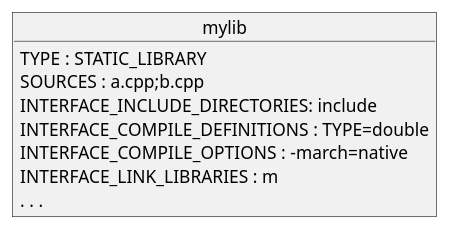
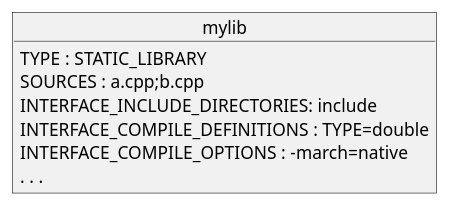
One commit to mredenti/ModernCMake changed the third of 8 diagrams in slides/episodes/targets.md. Above: the diagram before and after it, drawn with PlantUML. The commit also changed other lines of this file, not shown here.

````diff
--- a/slides/episodes/targets.md
+++ b/slides/episodes/targets.md
@@ -203,20 +231,18 @@
 ```plantuml
 top to bottom direction
 
 object mylib{
     TYPE : STATIC_LIBRARY
     
     SOURCES : a.cpp;b.cpp
     
     INTERFACE_INCLUDE_DIRECTORIES: include
     
     INTERFACE_COMPILE_DEFINITIONS : TYPE=double
     
     INTERFACE_COMPILE_OPTIONS : -march=native
     
-    INTERFACE_LINK_LIBRARIES : m
-    
     . . .
 }
 
 ```
````
